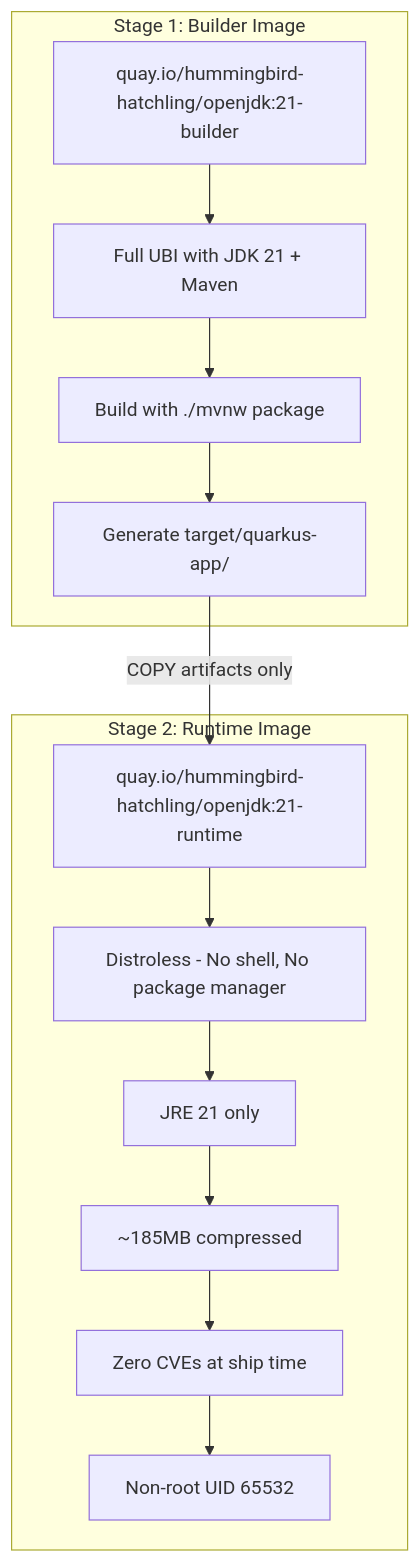
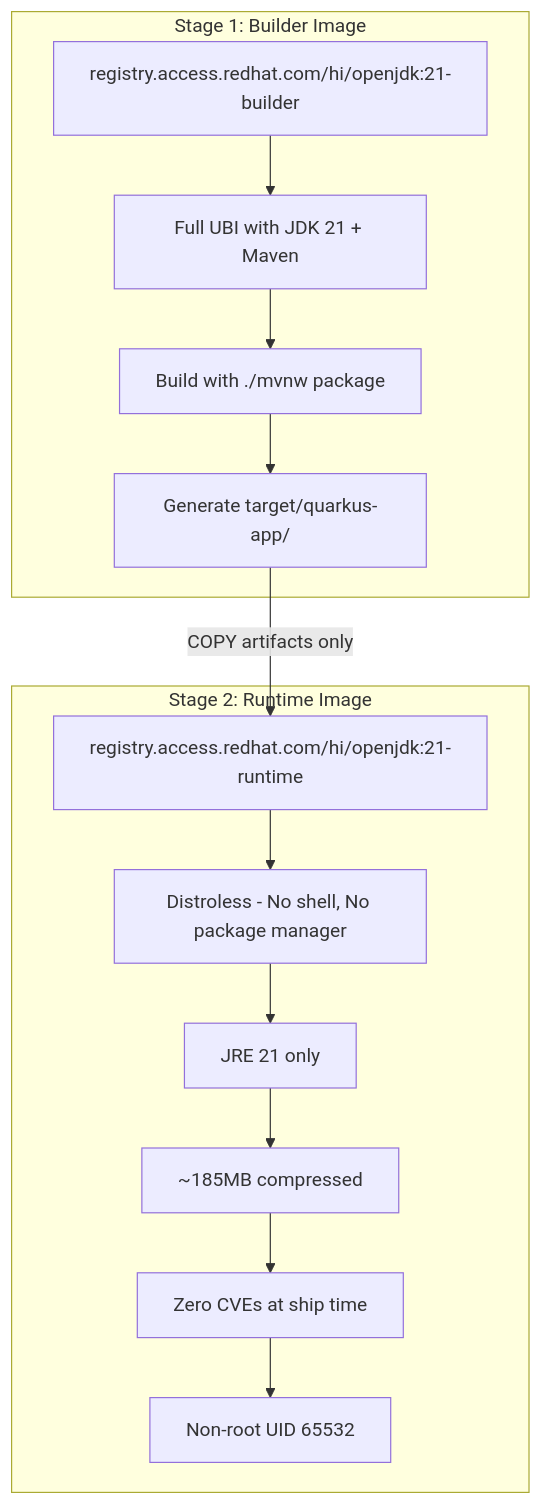
One commit to tosin2013/sample-quarkus-hummingbird changed the first of 2 diagrams in README.md. Above: the diagram before and after it, drawn with Mermaid. The commit also changed other lines of this file and 1 other file, not shown here.

Commit message:
fix: update base image registry from quay.io/hummingbird-hatchling to registry.access.redhat.com/hi
quay.io/hummingbird-hatchling requires authentication and is not publicly
accessible. Switch defaults to registry.access.redhat.com/hi which is the
official Red Hat Container Registry and publicly accessible without auth.

This fixes Shipwright BuildRun failures with:
  unauthorized: access to the requested resource is not authorized

Made-with: Cursor

````diff
--- a/README.md
+++ b/README.md
@@ -27,22 +27,22 @@
 ```mermaid
 flowchart TB
     subgraph builder["Stage 1: Builder Image"]
-        B1[quay.io/hummingbird-hatchling/openjdk:21-builder]
+        B1[registry.access.redhat.com/hi/openjdk:21-builder]
         B2[Full UBI with JDK 21 + Maven]
         B3[Build with ./mvnw package]
         B4[Generate target/quarkus-app/]
     end
 
     subgraph runtime["Stage 2: Runtime Image"]
-        R1[quay.io/hummingbird-hatchling/openjdk:21-runtime]
+        R1[registry.access.redhat.com/hi/openjdk:21-runtime]
         R2[Distroless - No shell, No package manager]
         R3[JRE 21 only]
         R4[~185MB compressed]
         R5[Zero CVEs at ship time]
         R6[Non-root UID 65532]
     end
 
     B1 --> B2 --> B3 --> B4
     B4 -->|COPY artifacts only| R1
     R1 --> R2 --> R3 --> R4 --> R5 --> R6
 ```
````
